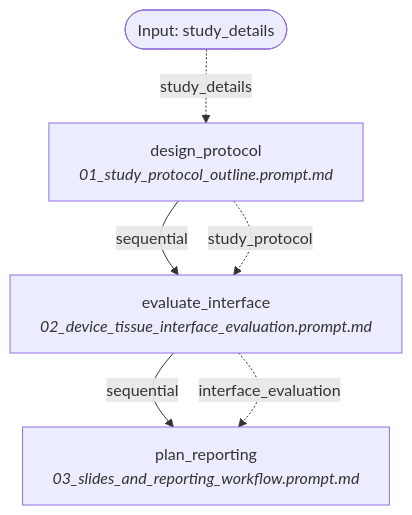
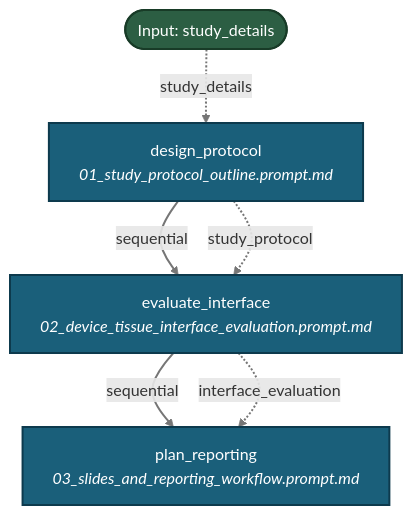
Before and after one commit to fderuiter/proompts: the diagram in docs/workflows/pathology_study.md, drawn with Mermaid. The commit also changed 267 other files, not shown here.

````diff
--- a/docs/workflows/pathology_study.md
+++ b/docs/workflows/pathology_study.md
@@ -11,12 +11,15 @@
 ```mermaid
 graph TD
-    INPUT_study_details([Input: study_details])
-    design_protocol[design_protocol<br><i>01_study_protocol_outline.prompt.md</i>]
+    classDef stepNode fill:#1a5f7a,stroke:#0d3a4d,stroke-width:2px,color:#ffffff;
+    classDef inputNode fill:#2c5e43,stroke:#183b27,stroke-width:2px,color:#ffffff;
+    INPUT_study_details([Input: study_details]):::inputNode
+    design_protocol[design_protocol<br><i>01_study_protocol_outline.prompt.md</i>]:::stepNode
     INPUT_study_details -. study_details .-> design_protocol
     design_protocol -->|sequential| evaluate_interface
-    evaluate_interface[evaluate_interface<br><i>02_device_tissue_interface_evaluation.prompt.md</i>]
+    evaluate_interface[evaluate_interface<br><i>02_device_tissue_interface_evaluation.prompt.md</i>]:::stepNode
     design_protocol -. study_protocol .-> evaluate_interface
     evaluate_interface -->|sequential| plan_reporting
-    plan_reporting[plan_reporting<br><i>03_slides_and_reporting_workflow.prompt.md</i>]
+    plan_reporting[plan_reporting<br><i>03_slides_and_reporting_workflow.prompt.md</i>]:::stepNode
     evaluate_interface -. interface_evaluation .-> plan_reporting
+    linkStyle default stroke:#767676,stroke-width:2px;
 ```
````
